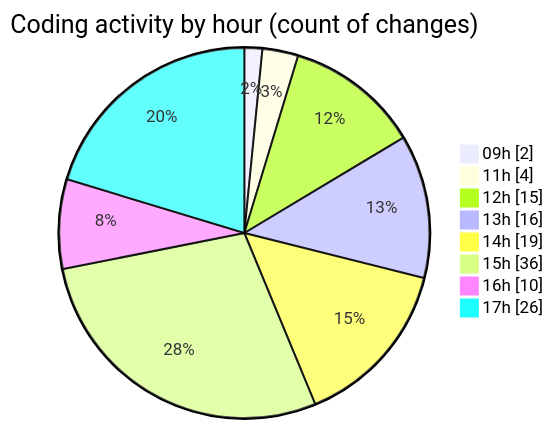
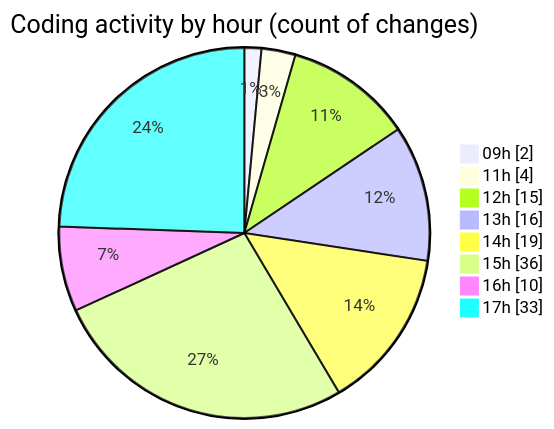
The second of 2 diagrams in 2025-04-30/niten/README.md (Elitesun/code-tracking), drawn with Mermaid before and after one commit. The commit also changed other lines of this file and 1 other file, not shown here.

````diff
--- a/2025-04-30/niten/README.md
+++ b/2025-04-30/niten/README.md
@@ -70,12 +72,12 @@
 ```mermaid
 pie showData
 title Coding activity by hour (count of changes)
 "09h" : 2
 "11h" : 4
 "12h" : 15
 "13h" : 16
 "14h" : 19
 "15h" : 36
 "16h" : 10
-"17h" : 26
+"17h" : 33
 ```
````
